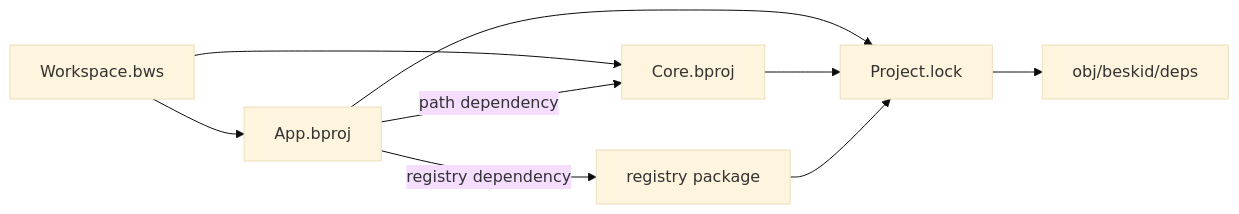
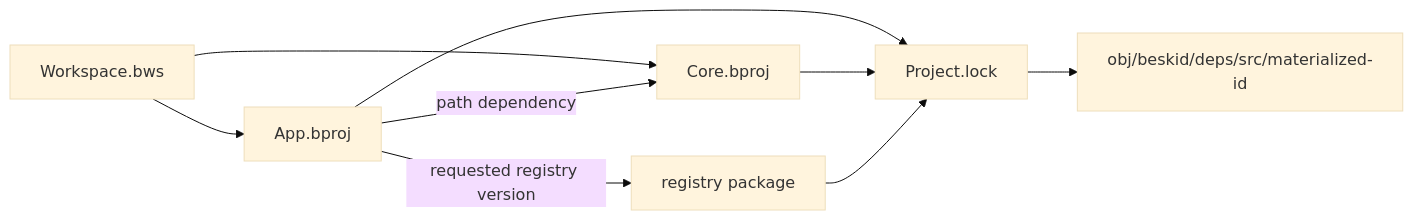
One commit to Cyber-Nomad-Collective/beskid changed the diagram in site/website/src/content/docs/docs/projects/index.md. Above: the diagram before and after it, drawn with Mermaid (base theme). The commit also changed other lines of this file and 9 other files, not shown here.

Commit message:
fix(docs): expose registry version fallback

````diff
--- a/site/website/src/content/docs/docs/projects/index.md
+++ b/site/website/src/content/docs/docs/projects/index.md
@@ -29,13 +29,13 @@
 ```mermaid
 flowchart LR
   accTitle: Workspace project dependency graph
   accDescr: A workspace selects an application project. The project resolves path and registry dependencies into its lockfile and materialized dependency tree.
   W[Workspace.bws] --> A[App.bproj]
   W --> C[Core.bproj]
   A -->|path dependency| C
-  A -->|registry dependency| R[registry package]
+  A -->|requested registry version| R[registry package]
   A --> L[Project.lock]
   C --> L
   R --> L
-  L --> M[obj/beskid/deps]
+  L --> M[obj/beskid/deps/src/materialized-id]
 ```
````
